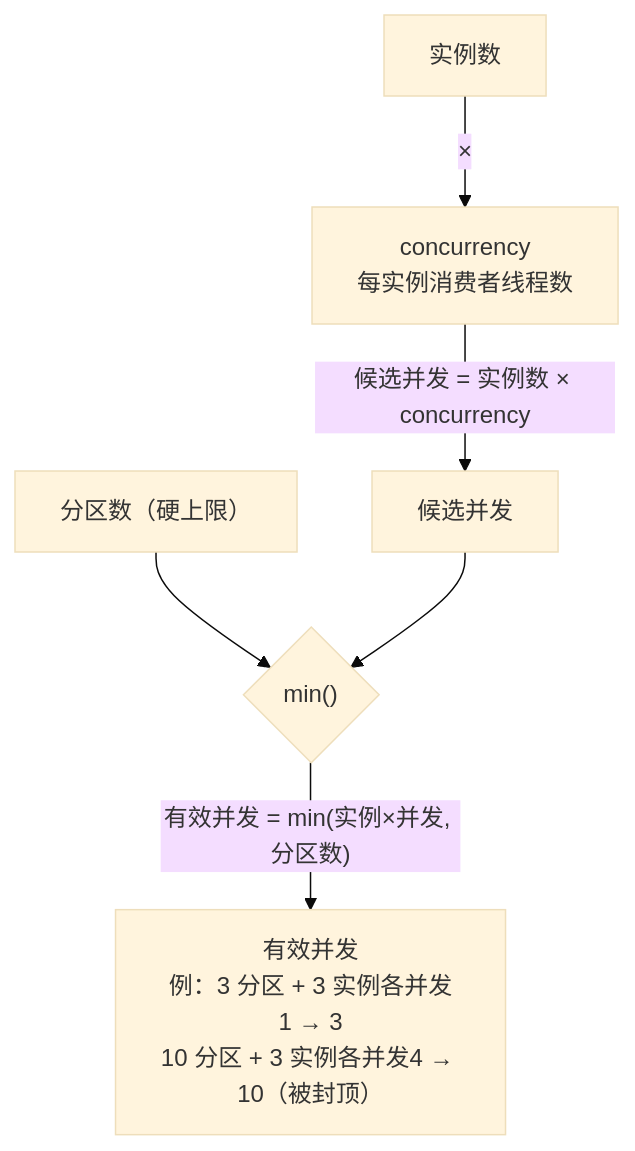
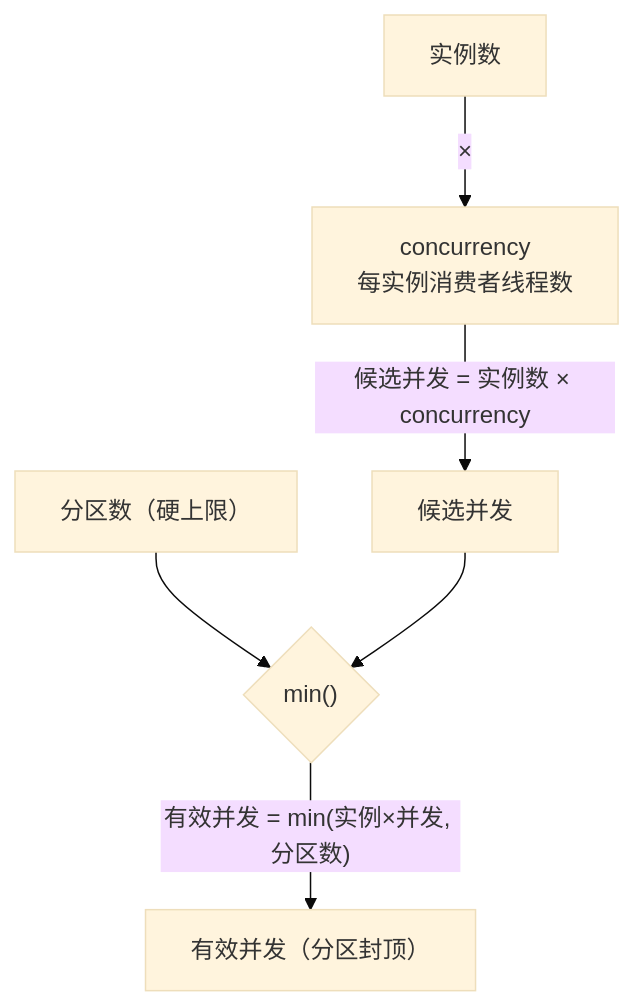
Before and after one commit to UranusGit/java-agent-learn: the third of 3 diagrams in docs/附录/Kafka消息队列实战专题/08-Kafka面试题与复盘.md, drawn with Mermaid (base theme). The commit also changed 41 other files, not shown here.

First line of the commit message:
docs全库mermaid复核修复：补ER图、ASCII转mermaid/表格、删重复图、修语义矛盾

````diff
--- a/docs/附录/Kafka消息队列实战专题/08-Kafka面试题与复盘.md
+++ b/docs/附录/Kafka消息队列实战专题/08-Kafka面试题与复盘.md
@@ -137,8 +137,8 @@
 ```mermaid
 flowchart TD
     I["实例数"] -->|"×"| C["concurrency<br/>每实例消费者线程数"]
     C -->|"候选并发 = 实例数 × concurrency"| CAND["候选并发"]
     P["分区数（硬上限）"] --> MIN{"min()"}
     CAND --> MIN
-    MIN -->|"有效并发 = min(实例×并发, 分区数)"| EFF["有效并发<br/>例：3 分区 + 3 实例各并发1 → 3<br/>10 分区 + 3 实例各并发4 → 10（被封顶）"]
+    MIN -->|"有效并发 = min(实例×并发, 分区数)"| EFF["有效并发（分区封顶）"]
 ```
````
